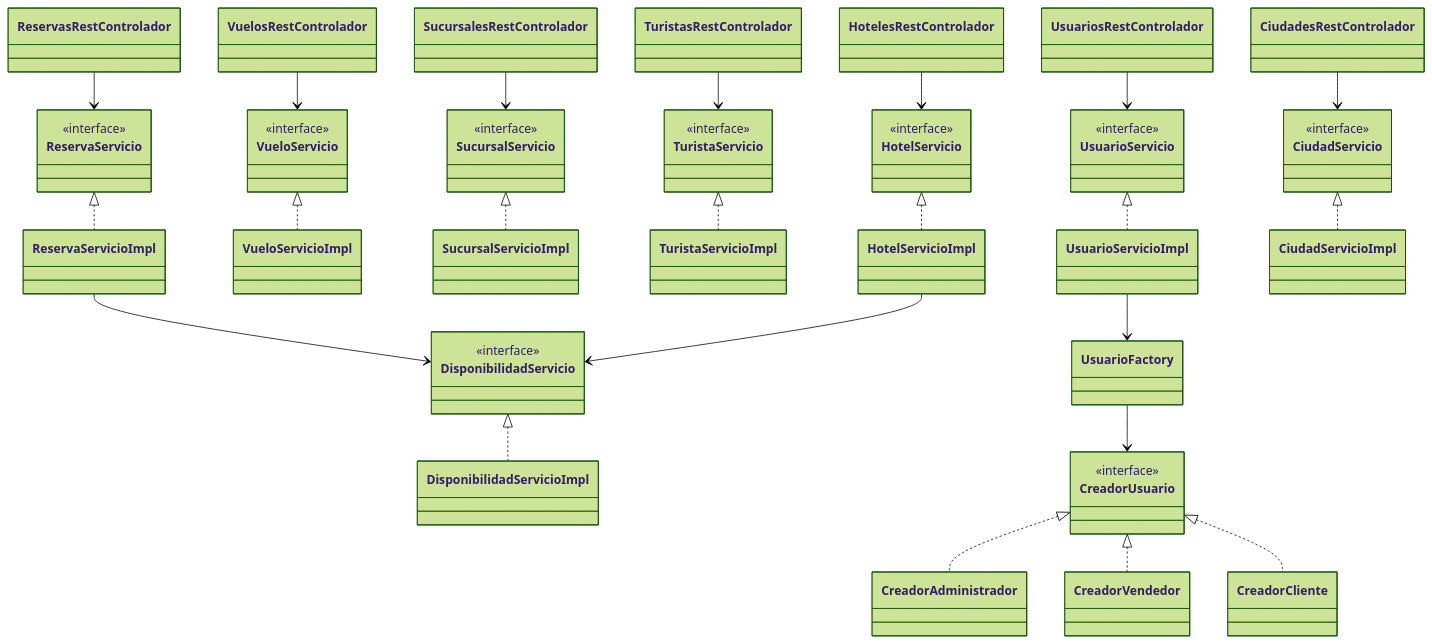
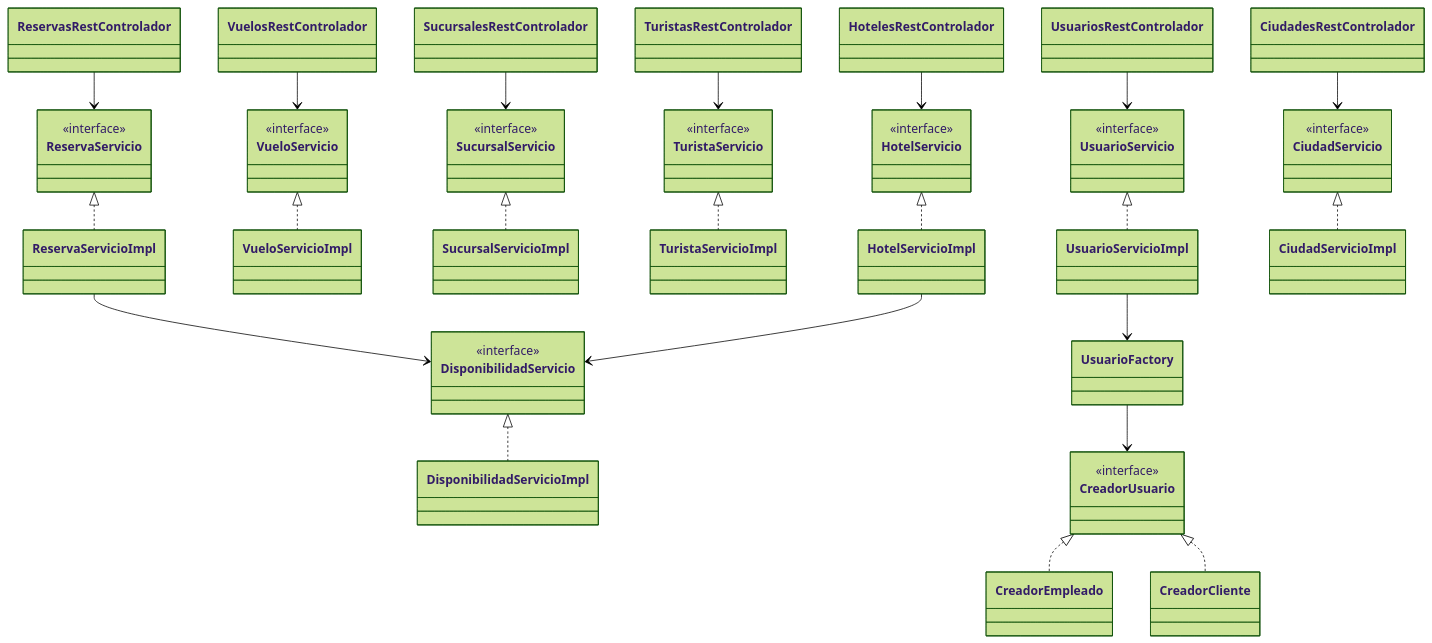
The third of 5 diagrams in docs/uml-tijetravel.md (migmik/TPPrograII), drawn with Mermaid (forest theme) before and after one commit. The commit also changed other lines of this file and 2 other files, not shown here.

First line of the commit message:
docs: actualiza UML, DER y README con roles y borrado lógico

````diff
--- a/docs/uml-tijetravel.md
+++ b/docs/uml-tijetravel.md
@@ -148,55 +196,54 @@
 ```mermaid
 classDiagram
     class HotelServicio {
         <<interface>>
     }
     class VueloServicio {
         <<interface>>
     }
     class SucursalServicio {
         <<interface>>
     }
     class TuristaServicio {
         <<interface>>
     }
     class ReservaServicio {
         <<interface>>
     }
     class UsuarioServicio {
         <<interface>>
     }
     class DisponibilidadServicio {
         <<interface>>
     }
     class CiudadServicio {
         <<interface>>
     }
 
     HotelServicio <|.. HotelServicioImpl
     VueloServicio <|.. VueloServicioImpl
     SucursalServicio <|.. SucursalServicioImpl
     TuristaServicio <|.. TuristaServicioImpl
     ReservaServicio <|.. ReservaServicioImpl
     UsuarioServicio <|.. UsuarioServicioImpl
     DisponibilidadServicio <|.. DisponibilidadServicioImpl
     CiudadServicio <|.. CiudadServicioImpl
 
     HotelesRestControlador --> HotelServicio
     VuelosRestControlador --> VueloServicio
     SucursalesRestControlador --> SucursalServicio
     TuristasRestControlador --> TuristaServicio
     ReservasRestControlador --> ReservaServicio
     UsuariosRestControlador --> UsuarioServicio
     CiudadesRestControlador --> CiudadServicio
 
     ReservaServicioImpl --> DisponibilidadServicio
     HotelServicioImpl --> DisponibilidadServicio
     UsuarioServicioImpl --> UsuarioFactory
     UsuarioFactory --> CreadorUsuario
     class CreadorUsuario {
         <<interface>>
     }
-    CreadorUsuario <|.. CreadorAdministrador
-    CreadorUsuario <|.. CreadorVendedor
+    CreadorUsuario <|.. CreadorEmpleado
     CreadorUsuario <|.. CreadorCliente
 ```
````
